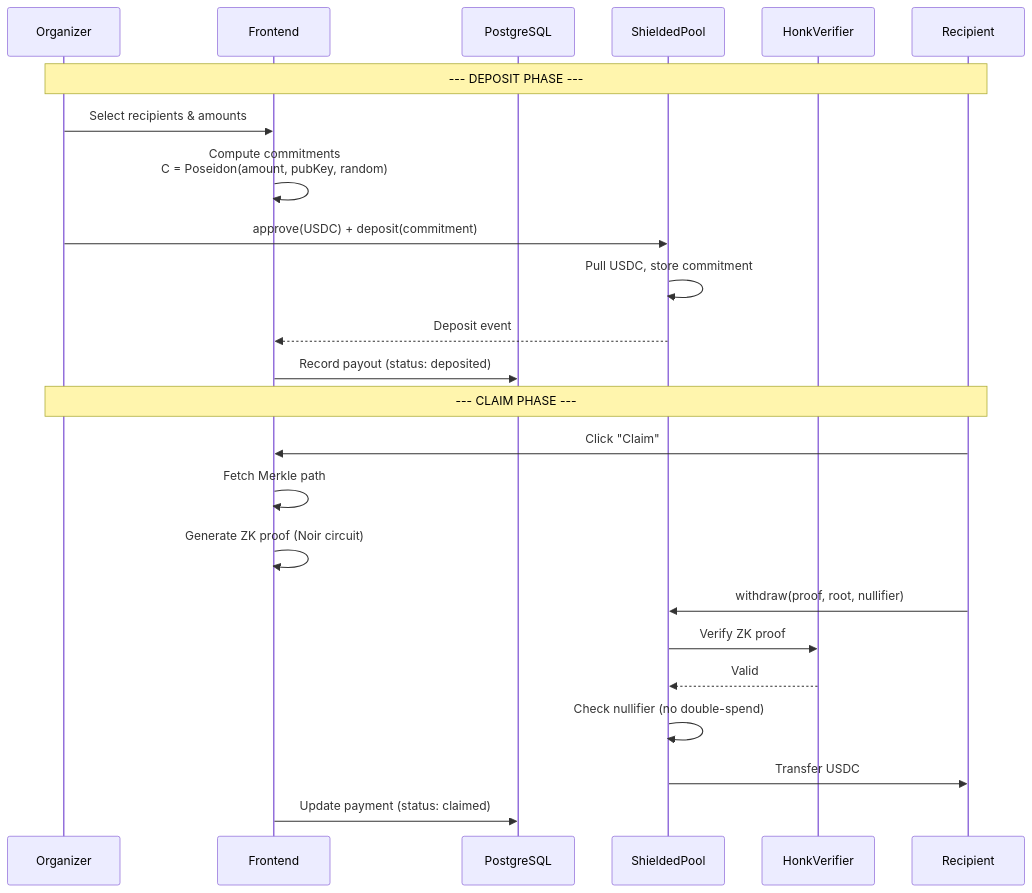
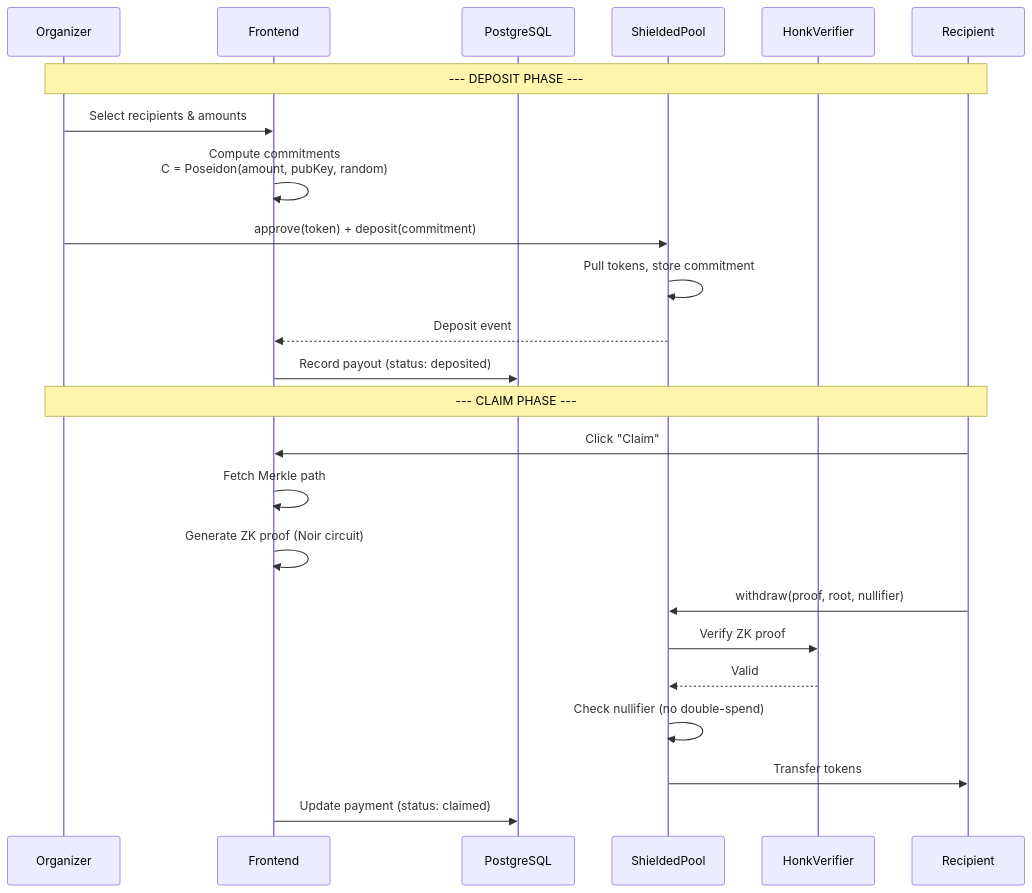
One commit to 0xj4an/blizkperse changed the third of 4 diagrams in README.md. Above: the diagram before and after it, drawn with Mermaid. The commit also changed other lines of this file and 28 other files, not shown here.

````diff
--- a/README.md
+++ b/README.md
@@ -90,28 +113,28 @@
 ```mermaid
 sequenceDiagram
     participant O as Organizer
     participant App as Frontend
     participant S as PostgreSQL
     participant P as ShieldedPool
     participant V as HonkVerifier
     participant R as Recipient
 
     Note over O,R: --- DEPOSIT PHASE ---
     O->>App: Select recipients & amounts
     App->>App: Compute commitments<br/>C = Poseidon(amount, pubKey, random)
-    O->>P: approve(USDC) + deposit(commitment)
-    P->>P: Pull USDC, store commitment
+    O->>P: approve(token) + deposit(commitment)
+    P->>P: Pull tokens, store commitment
     P-->>App: Deposit event
     App->>S: Record payout (status: deposited)
 
     Note over O,R: --- CLAIM PHASE ---
     R->>App: Click "Claim"
     App->>App: Fetch Merkle path
     App->>App: Generate ZK proof (Noir circuit)
     R->>P: withdraw(proof, root, nullifier)
     P->>V: Verify ZK proof
     V-->>P: Valid
     P->>P: Check nullifier (no double-spend)
-    P->>R: Transfer USDC
+    P->>R: Transfer tokens
     App->>S: Update payment (status: claimed)
 ```
````
